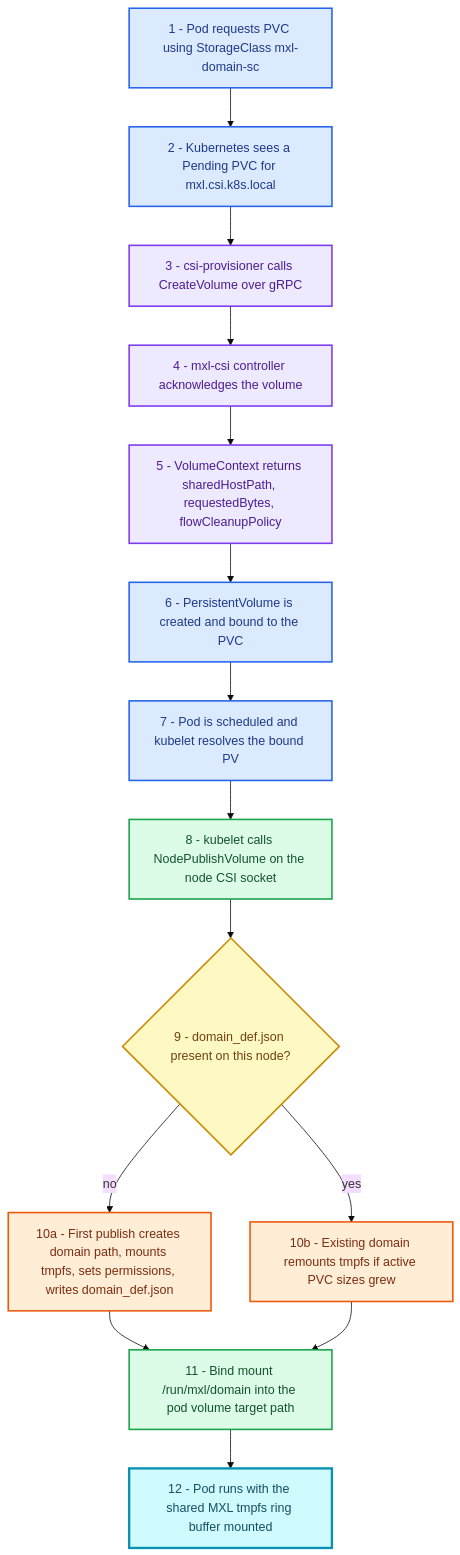
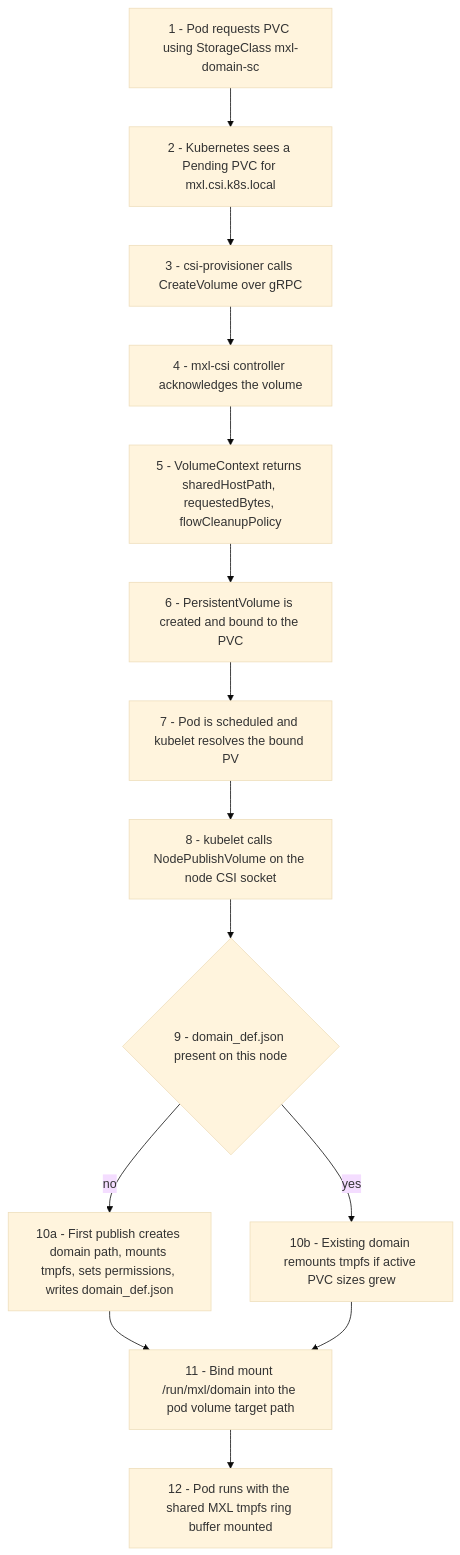
The first of 2 diagrams in README.md (cbcrc/mxl-csi), drawn with Mermaid (base theme) before and after one commit. The commit also changed other lines of this file, not shown here.

````diff
--- a/README.md
+++ b/README.md
@@ -33,37 +33,23 @@
 ```mermaid
 flowchart TD
     A["1 - Pod requests PVC using StorageClass mxl-domain-sc"]
     B["2 - Kubernetes sees a Pending PVC for mxl.csi.k8s.local"]
     C["3 - csi-provisioner calls CreateVolume over gRPC"]
     D["4 - mxl-csi controller acknowledges the volume"]
     E["5 - VolumeContext returns sharedHostPath, requestedBytes, flowCleanupPolicy"]
     F["6 - PersistentVolume is created and bound to the PVC"]
     G["7 - Pod is scheduled and kubelet resolves the bound PV"]
     H["8 - kubelet calls NodePublishVolume on the node CSI socket"]
-    I{"9 - domain_def.json present on this node?"}
+    I{"9 - domain_def.json present on this node"}
     J["10a - First publish creates domain path, mounts tmpfs, sets permissions, writes domain_def.json"]
     K["10b - Existing domain remounts tmpfs if active PVC sizes grew"]
     L["11 - Bind mount /run/mxl/domain into the pod volume target path"]
     M["12 - Pod runs with the shared MXL tmpfs ring buffer mounted"]
 
     A --> B --> C --> D --> E --> F --> G --> H --> I
-    I -- no --> J
-    I -- yes --> K
+    I -->|no| J
+    I -->|yes| K
     J --> L
     K --> L
     L --> M
-
-    classDef k8s fill:#dbeafe,stroke:#2563eb,stroke-width:2px,color:#1e3a8a
-    classDef controller fill:#ede9fe,stroke:#7c3aed,stroke-width:2px,color:#4c1d95
-    classDef nodesvc fill:#dcfce7,stroke:#16a34a,stroke-width:2px,color:#14532d
-    classDef host fill:#ffedd5,stroke:#ea580c,stroke-width:2px,color:#7c2d12
-    classDef decision fill:#fef9c3,stroke:#ca8a04,stroke-width:2px,color:#713f12
-    classDef done fill:#cffafe,stroke:#0891b2,stroke-width:3px,color:#164e63
-
-    class A,B,F,G k8s
-    class C,D,E controller
-    class H,L nodesvc
-    class J,K host
-    class I decision
-    class M done
 ```
````
